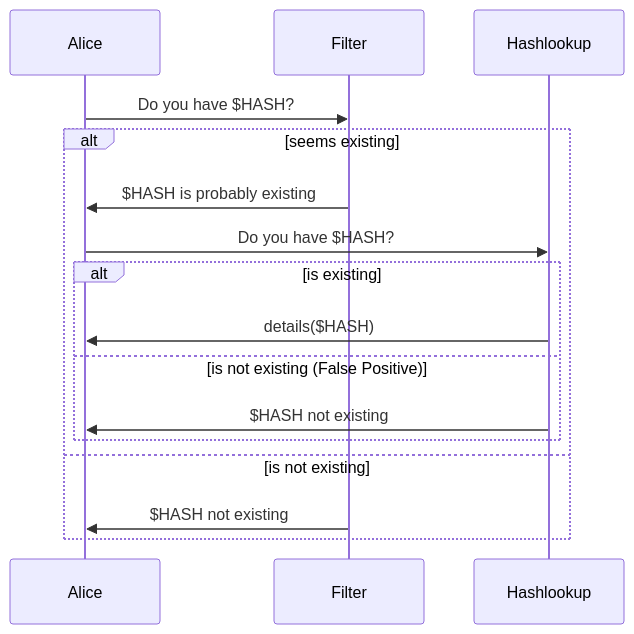
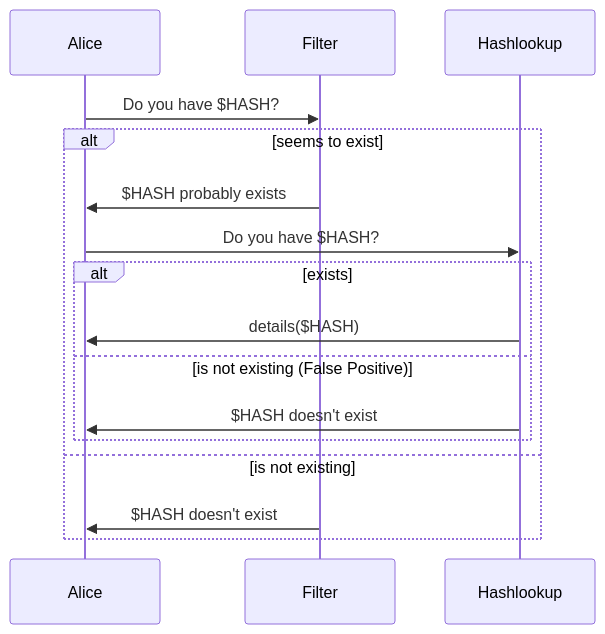
The third of 3 diagrams in hashlookup-lookup-strategies.md (hashlookup/hashlookup.io), drawn with Mermaid before and after one commit.

````diff
--- a/hashlookup-lookup-strategies.md
+++ b/hashlookup-lookup-strategies.md
@@ -41,15 +41,15 @@
 ```mermaid
 sequenceDiagram
     Alice->>Filter: Do you have $HASH?
-    alt seems existing 
-        Filter->>Alice: $HASH is probably existing
+    alt seems to exist 
+        Filter->>Alice: $HASH probably exists
         Alice->>Hashlookup: Do you have $HASH?
-        alt is existing 
+        alt exists 
             Hashlookup->>Alice: details($HASH)
         else is not existing (False Positive)
-            Hashlookup->>Alice: $HASH not existing
+            Hashlookup->>Alice: $HASH doesn't exist
         end
     else is not existing 
-        Filter->>Alice: $HASH not existing
+        Filter->>Alice: $HASH doesn't exist
     end
 ```
````
